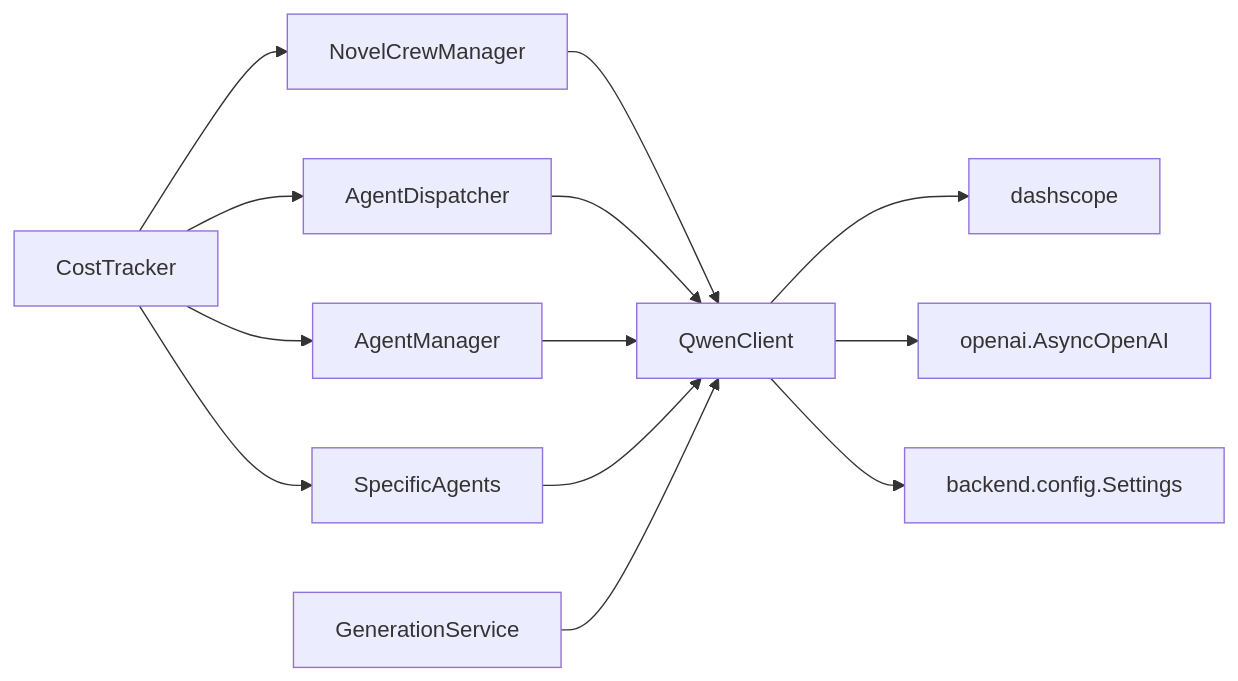
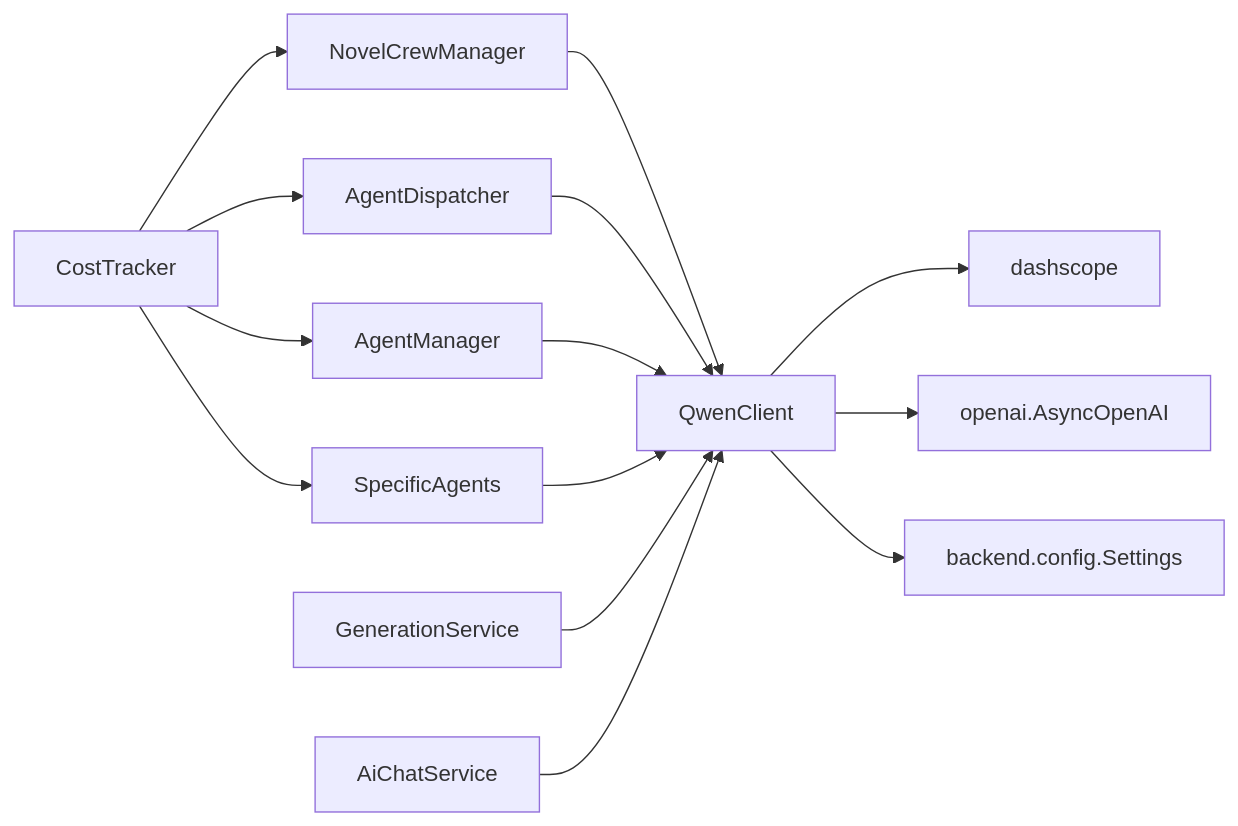
One commit to xfbyxq/ai-novel-system changed the seventh of 7 diagrams in .qoder/repowiki/zh/content/LLM集成架构/LLM客户端封装.md. Above: the diagram before and after it, drawn with Mermaid. The commit also changed other lines of this file and 23 other files, not shown here.

````diff
--- a/.qoder/repowiki/zh/content/LLM集成架构/LLM客户端封装.md
+++ b/.qoder/repowiki/zh/content/LLM集成架构/LLM客户端封装.md
@@ -303,15 +341,16 @@
 ```mermaid
 graph LR
 QC["QwenClient"] --> DS["dashscope"]
 QC --> OA["openai.AsyncOpenAI"]
 QC --> CFG["backend.config.Settings"]
 CM["NovelCrewManager"] --> QC
 AD["AgentDispatcher"] --> QC
 AM["AgentManager"] --> QC
 SA["SpecificAgents"] --> QC
 GS["GenerationService"] --> QC
+ACS["AiChatService"] --> QC
 CT["CostTracker"] --> CM
 CT --> AD
 CT --> AM
 CT --> SA
 ```
````
